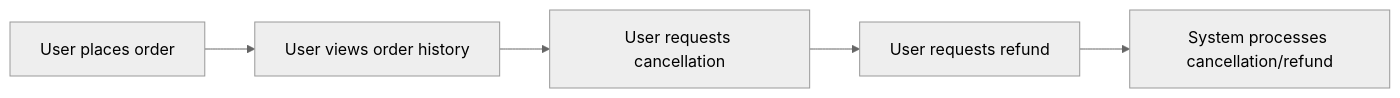
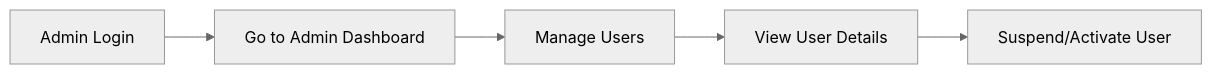
One commit to wrtnlabs/autobe-examples changed diagram 17 of 20 in mistralai/codestral-2508/shopping/docs/analysis/03-user-flows.md. Above: the diagram before and after it, drawn with Mermaid (neutral theme). The commit also changed other lines of this file and 7173 other files, not shown here.

````diff
--- a/mistralai/codestral-2508/shopping/docs/analysis/03-user-flows.md
+++ b/mistralai/codestral-2508/shopping/docs/analysis/03-user-flows.md
@@ -401,7 +185,7 @@
 ```mermaid
-flowchart LR
-    A["User places order"] --> B["User views order history"]
-    B --> C["User requests cancellation"]
-    C --> D["User requests refund"]
-    D --> E["System processes cancellation/refund"]
+graph LR
+    A["Admin Login"] --> B["Go to Admin Dashboard"]
+    B --> C["Manage Users"]
+    C --> D["View User Details"]
+    D --> E["Suspend/Activate User"]
 ```
````
